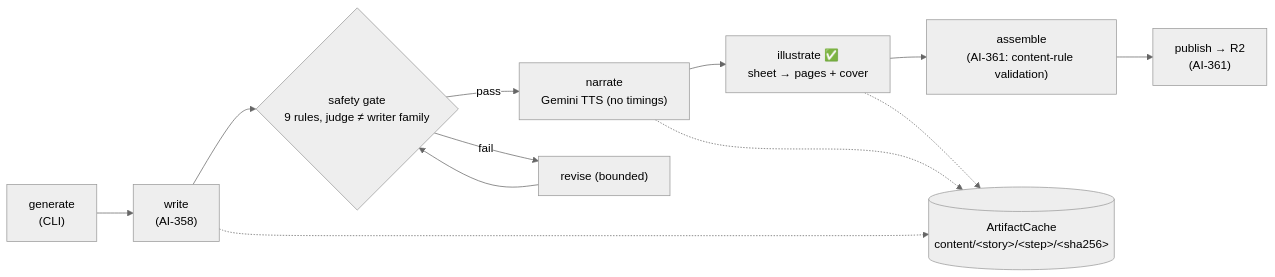
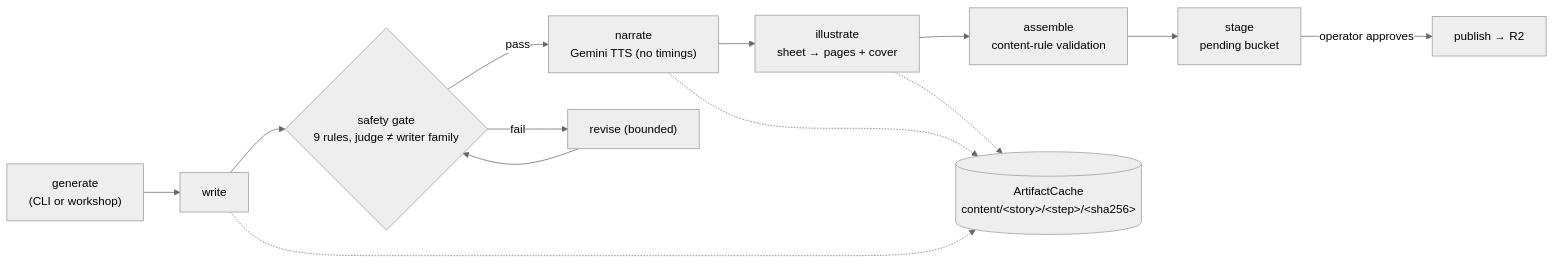
Before and after one commit to darth-dodo/cantastorie: the sixth of 6 diagrams in docs/system-overview.md, drawn with Mermaid (neutral theme). The commit also changed other lines of this file and 5 other files, not shown here.

````diff
--- a/docs/system-overview.md
+++ b/docs/system-overview.md
@@ -174,16 +176,17 @@
 ```mermaid
 flowchart LR
-    G["generate<br/>(CLI)"] --> W["write<br/>(AI-358)"]
+    G["generate<br/>(CLI or workshop)"] --> W["write"]
     W --> SG{"safety gate<br/>9 rules, judge ≠ writer family"}
     SG -- pass --> N["narrate<br/>Gemini TTS (no timings)"]
     SG -- fail --> RV["revise (bounded)"]
     RV --> SG
-    N --> I["illustrate ✅<br/>sheet → pages + cover"]
-    I --> A["assemble<br/>(AI-361: content-rule validation)"]
-    A --> PB["publish → R2<br/>(AI-361)"]
+    N --> I["illustrate<br/>sheet → pages + cover"]
+    I --> A["assemble<br/>content-rule validation"]
+    A --> ST["stage<br/>pending bucket"]
+    ST -- "operator approves" --> PB["publish → R2"]
 
     Cache[("ArtifactCache<br/>content/&lt;story&gt;/&lt;step&gt;/&lt;sha256&gt;")]
     W -.-> Cache
     N -.-> Cache
     I -.-> Cache
 ```
````
